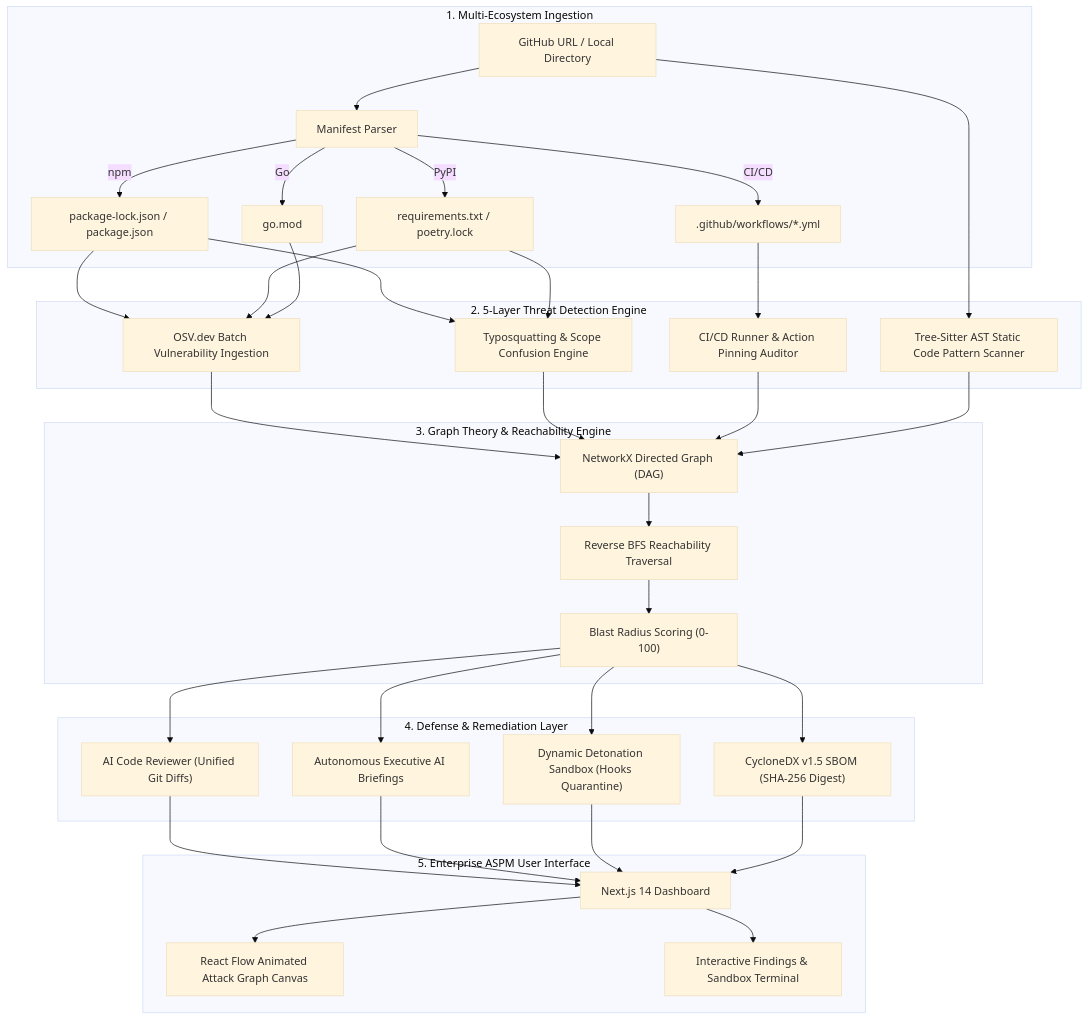
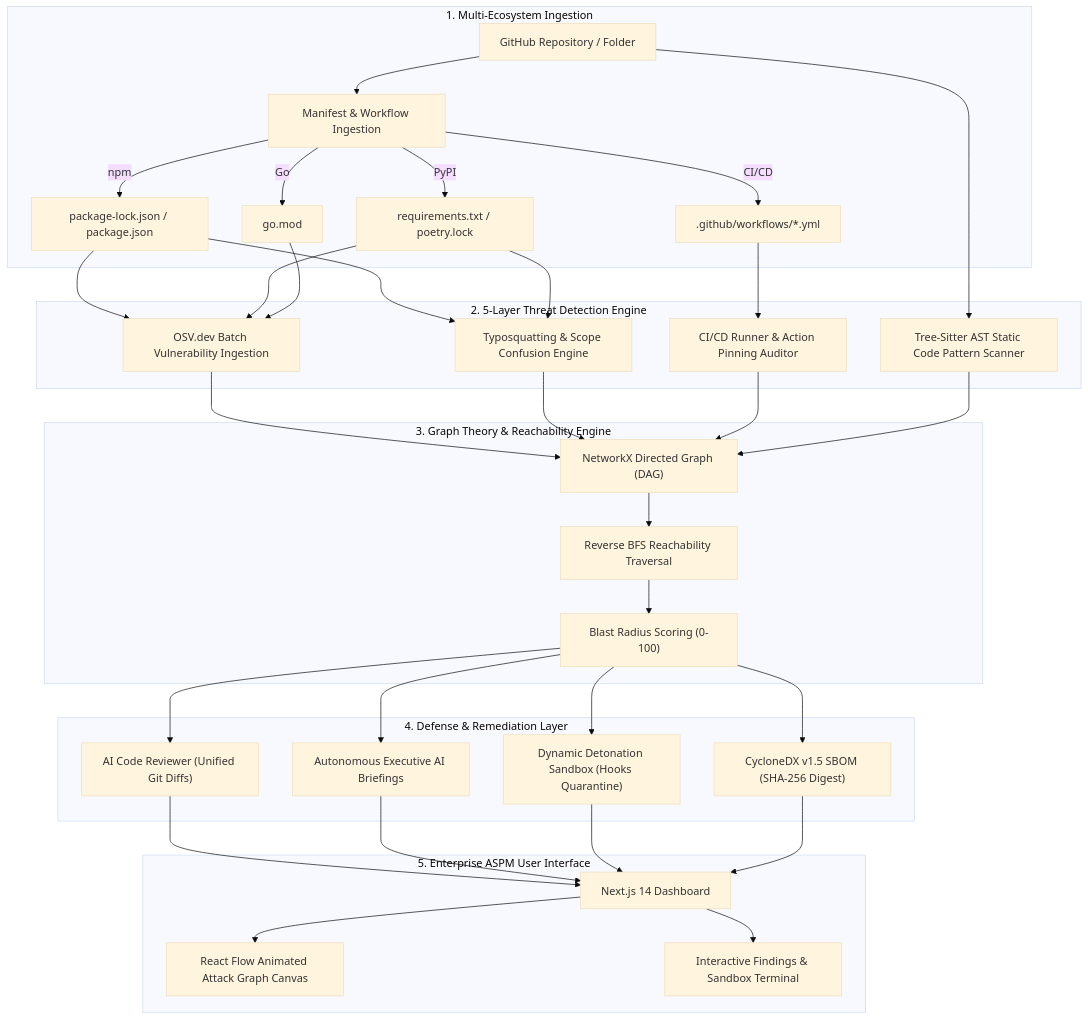
One commit to hemanthreddydaram-007/supplygraph changed the diagram in README.md. Above: the diagram before and after it, drawn with Mermaid (base theme). The commit also changed other lines of this file and 16 other files, not shown here.

````diff
--- a/README.md
+++ b/README.md
@@ -133,36 +177,36 @@
 ```mermaid
 flowchart TD
     subgraph INGESTION["1. Multi-Ecosystem Ingestion"]
-        A1["GitHub URL / Local Directory"] --> B1["Manifest Parser"]
+        A1["GitHub Repository / Folder"] --> B1["Manifest & Workflow Ingestion"]
         B1 --> |npm| M1["package-lock.json / package.json"]
         B1 --> |PyPI| M2["requirements.txt / poetry.lock"]
         B1 --> |Go| M3["go.mod"]
         B1 --> |CI/CD| M4[".github/workflows/*.yml"]
     end
 
     subgraph THREAT_ENGINE["2. 5-Layer Threat Detection Engine"]
         M1 & M2 & M3 --> D1["OSV.dev Batch Vulnerability Ingestion"]
         M1 & M2 --> D2["Typosquatting & Scope Confusion Engine"]
         M4 --> D3["CI/CD Runner & Action Pinning Auditor"]
         A1 --> D4["Tree-Sitter AST Static Code Pattern Scanner"]
     end
 
     subgraph GRAPH_ENGINE["3. Graph Theory & Reachability Engine"]
         D1 & D2 & D3 & D4 --> G1["NetworkX Directed Graph (DAG)"]
         G1 --> G2["Reverse BFS Reachability Traversal"]
         G2 --> G3["Blast Radius Scoring (0-100)"]
     end
 
     subgraph DEFENSE["4. Defense & Remediation Layer"]
         G3 --> R1["AI Code Reviewer (Unified Git Diffs)"]
         G3 --> R2["Autonomous Executive AI Briefings"]
         G3 --> R3["Dynamic Detonation Sandbox (Hooks Quarantine)"]
         G3 --> R4["CycloneDX v1.5 SBOM (SHA-256 Digest)"]
     end
 
     subgraph UI["5. Enterprise ASPM User Interface"]
         R1 & R2 & R3 & R4 --> UI1["Next.js 14 Dashboard"]
         UI1 --> UI2["React Flow Animated Attack Graph Canvas"]
         UI1 --> UI3["Interactive Findings & Sandbox Terminal"]
     end
 ```
````
